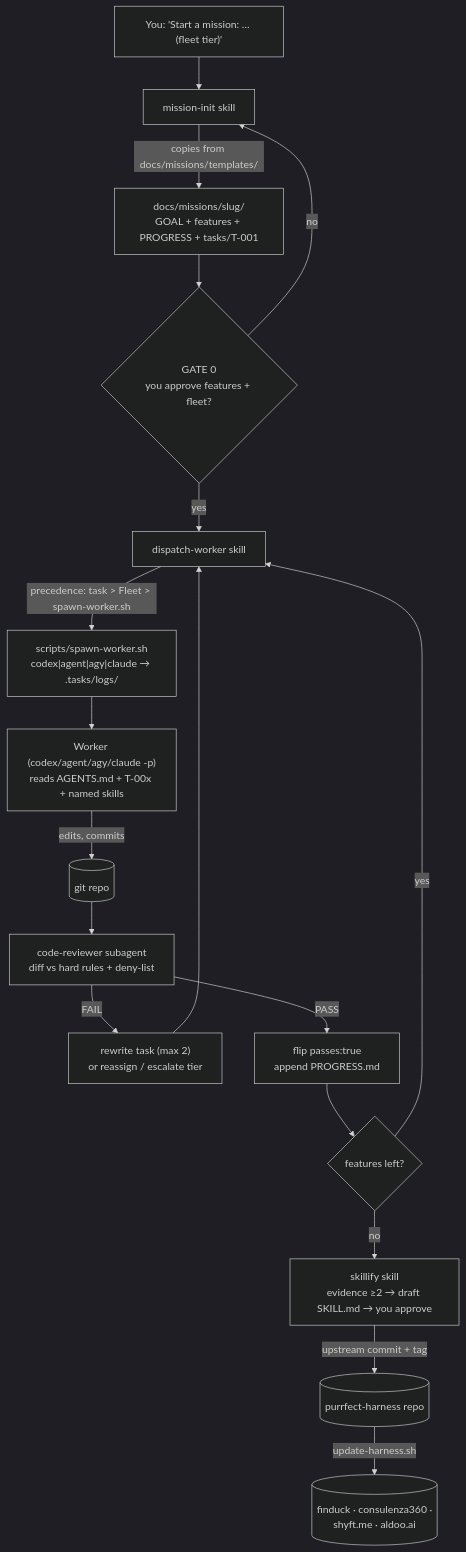
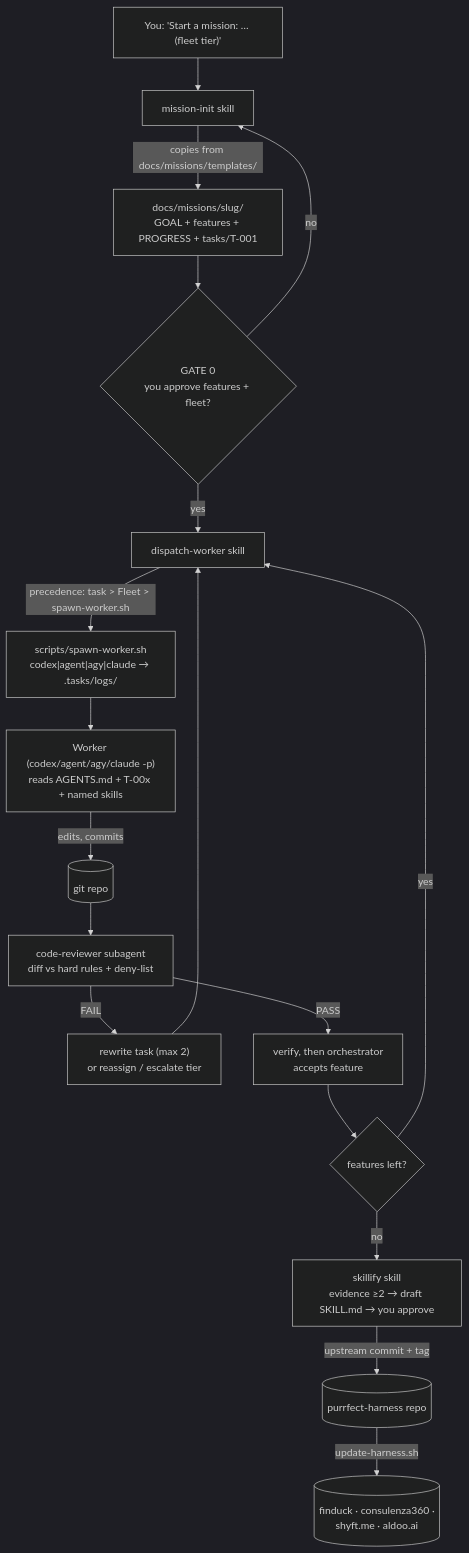
Before and after one commit to hashorva/purrfect-harness: the fifth of 5 diagrams in README.md, drawn with Mermaid (dark theme). The commit also changed other lines of this file and 8 other files, not shown here.

````diff
--- a/README.md
+++ b/README.md
@@ -244,19 +245,19 @@
 ```mermaid
 flowchart TD
   U["You: 'Start a mission: … (fleet tier)'"] --> MI["mission-init skill"]
   MI -->|"copies from docs/missions/templates/"| F["docs/missions/slug/<br/>GOAL + features + PROGRESS + tasks/T-001"]
   F --> G0{"GATE 0<br/>you approve features + fleet?"}
   G0 -- no --> MI
   G0 -- yes --> DW["dispatch-worker skill"]
   DW -->|"precedence: task > Fleet > spawn-worker.sh"| SPAWN["scripts/spawn-worker.sh<br/>codex|agent|agy|claude → .tasks/logs/"]
   SPAWN --> W["Worker (codex/agent/agy/claude -p)<br/>reads AGENTS.md + T-00x + named skills"]
   W -->|"edits, commits"| REPO[("git repo")]
   REPO --> REV["code-reviewer subagent<br/>diff vs hard rules + deny-list"]
   REV -- FAIL --> RW["rewrite task (max 2)<br/>or reassign / escalate tier"] --> DW
-  REV -- PASS --> FLIP["flip passes:true<br/>append PROGRESS.md"]
+  REV -- PASS --> FLIP["verify, then orchestrator<br/>accepts feature"]
   FLIP --> MORE{"features left?"}
   MORE -- yes --> DW
   MORE -- no --> SKF["skillify skill<br/>evidence ≥2 → draft SKILL.md → you approve"]
   SKF -->|"upstream commit + tag"| HARN[("purrfect-harness repo")]
   HARN -->|"update-harness.sh"| OTHER[("finduck · consulenza360 ·<br/>shyft.me · aldoo.ai")]
 ```
````
